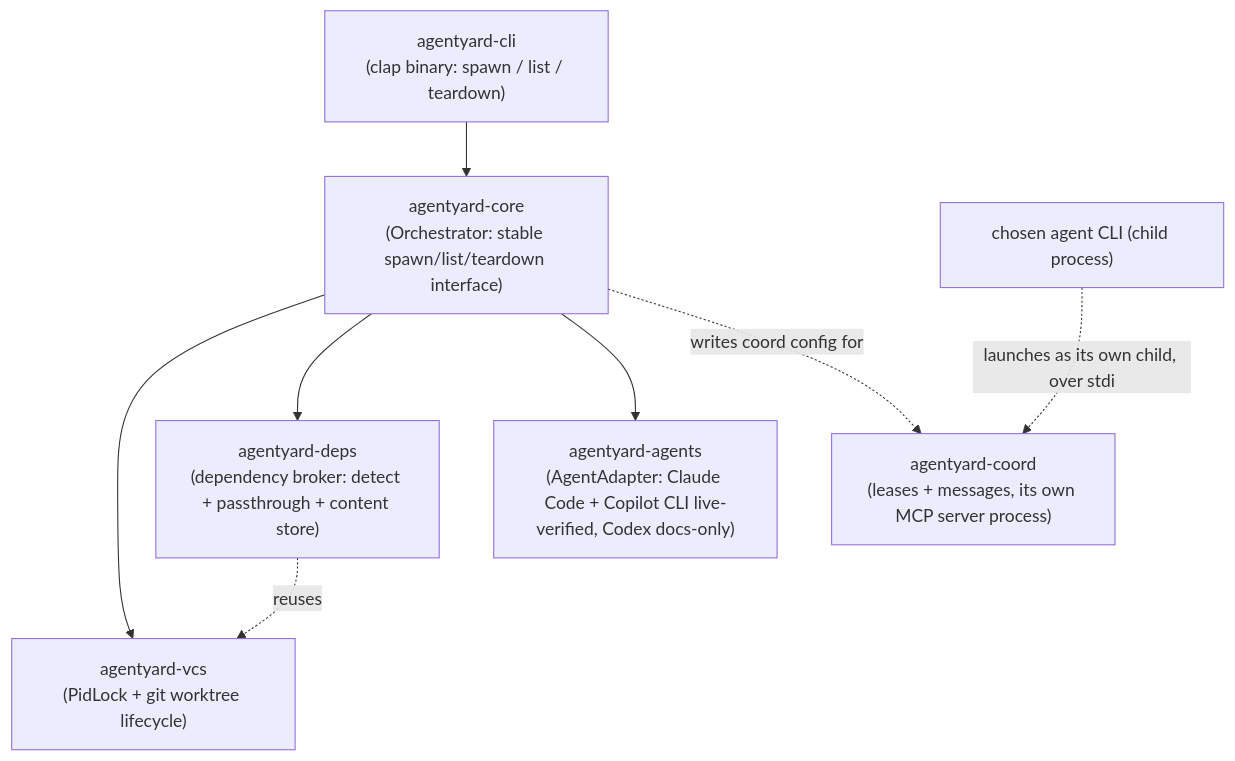
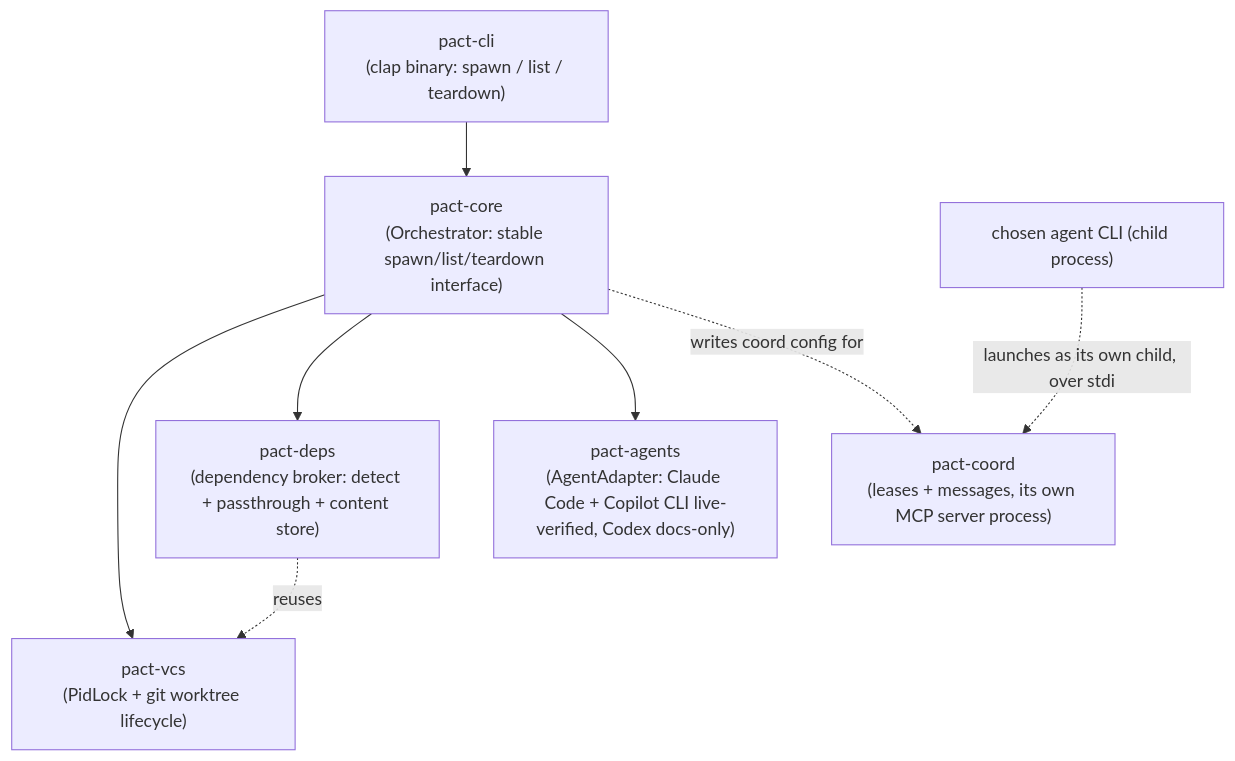
Before and after one commit to zekariasasaminew/pact: the first of 3 diagrams in README.md, drawn with Mermaid. The commit also changed other lines of this file, not shown here.

Commit message:
Rename README references from agentyard to pact

````diff
--- a/README.md
+++ b/README.md
@@ -221,17 +221,17 @@
 ```mermaid
 graph TD
-    CLI["agentyard-cli<br/>(clap binary: spawn / list / teardown)"]
-    Core["agentyard-core<br/>(Orchestrator: stable spawn/list/teardown interface)"]
-    VCS["agentyard-vcs<br/>(PidLock + git worktree lifecycle)"]
-    Deps["agentyard-deps<br/>(dependency broker: detect + passthrough + content store)"]
-    Agents["agentyard-agents<br/>(AgentAdapter: Claude Code + Copilot CLI live-verified, Codex docs-only)"]
-    Coord["agentyard-coord<br/>(leases + messages, its own MCP server process)"]
+    CLI["pact-cli<br/>(clap binary: spawn / list / teardown)"]
+    Core["pact-core<br/>(Orchestrator: stable spawn/list/teardown interface)"]
+    VCS["pact-vcs<br/>(PidLock + git worktree lifecycle)"]
+    Deps["pact-deps<br/>(dependency broker: detect + passthrough + content store)"]
+    Agents["pact-agents<br/>(AgentAdapter: Claude Code + Copilot CLI live-verified, Codex docs-only)"]
+    Coord["pact-coord<br/>(leases + messages, its own MCP server process)"]
 
     CLI --> Core
     Core --> VCS
     Core --> Deps
     Core --> Agents
     Deps -.reuses.-> VCS
     Core -.writes coord config for.-> Coord
     Agent2["chosen agent CLI (child process)"] -.launches as its own child, over stdio.-> Coord
 ```
````
